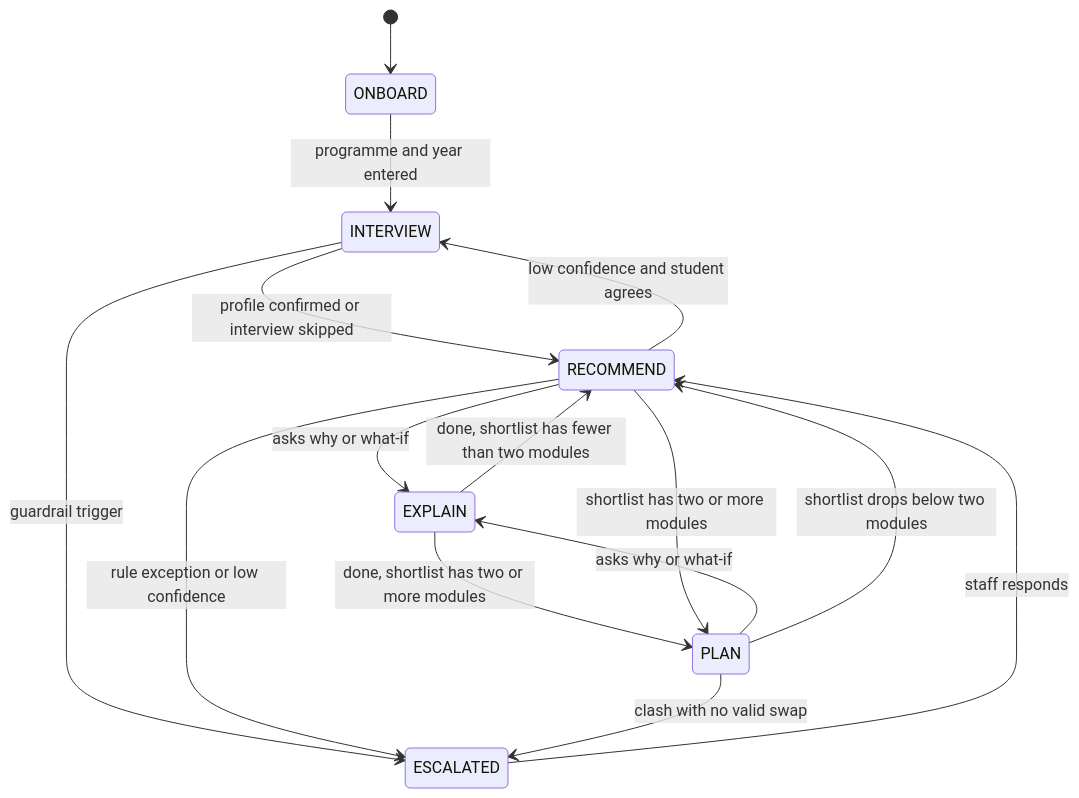
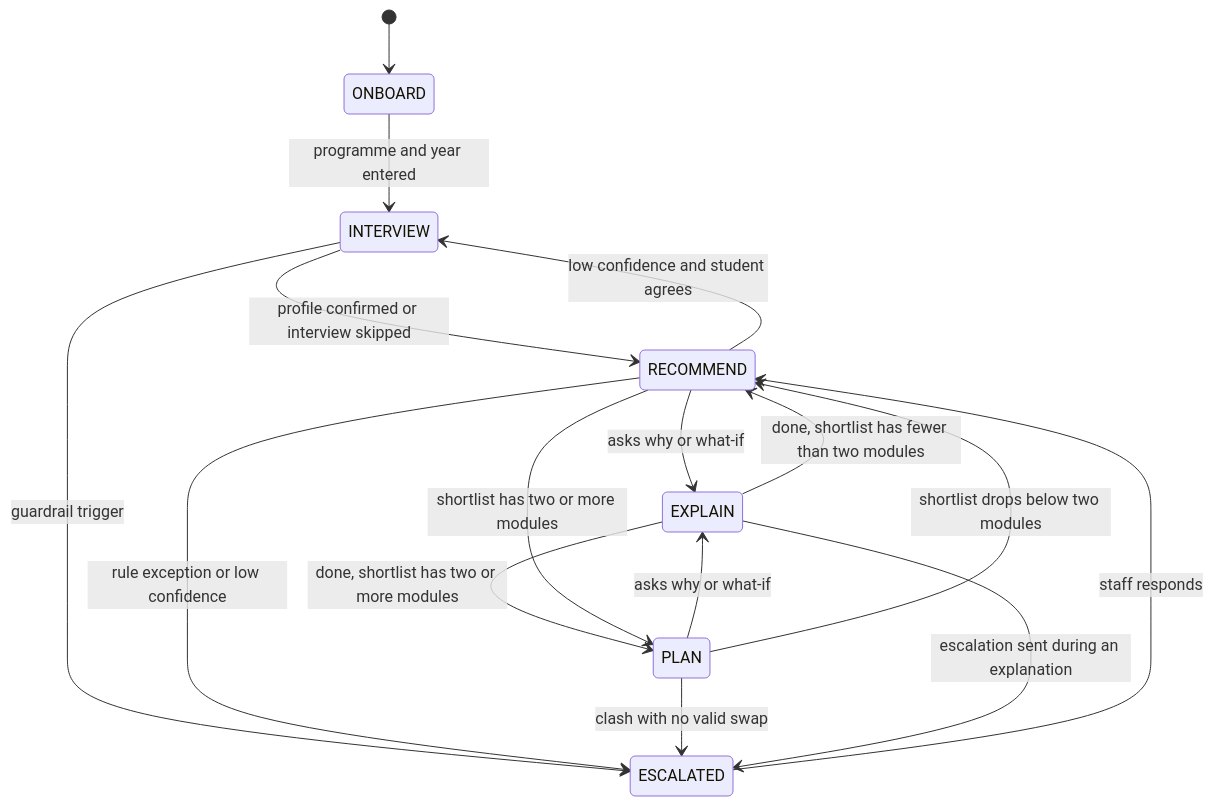
Before and after one commit to arnavpopley/imperial-ai-hack: the second of 2 diagrams in MODULE_MATCHER_SPEC.md, drawn with Mermaid. The commit also changed 6 other files, not shown here.

Commit message:
A title mention expands only within its own phrase and codes stay fixed; EXPLAIN can move to ESCALATED, so an escalation sent mid-explanation is not refused

````diff
--- a/MODULE_MATCHER_SPEC.md
+++ b/MODULE_MATCHER_SPEC.md
@@ -649,17 +649,18 @@
 ```mermaid
 stateDiagram-v2
   [*] --> ONBOARD
   ONBOARD --> INTERVIEW: programme and year entered
   INTERVIEW --> RECOMMEND: profile confirmed or interview skipped
   RECOMMEND --> EXPLAIN: asks why or what-if
   EXPLAIN --> RECOMMEND: done, shortlist has fewer than two modules
   EXPLAIN --> PLAN: done, shortlist has two or more modules
   RECOMMEND --> INTERVIEW: low confidence and student agrees
   RECOMMEND --> PLAN: shortlist has two or more modules
   PLAN --> EXPLAIN: asks why or what-if
   PLAN --> RECOMMEND: shortlist drops below two modules
   INTERVIEW --> ESCALATED: guardrail trigger
   RECOMMEND --> ESCALATED: rule exception or low confidence
   PLAN --> ESCALATED: clash with no valid swap
+  EXPLAIN --> ESCALATED: escalation sent during an explanation
   ESCALATED --> RECOMMEND: staff responds
 ```
````
